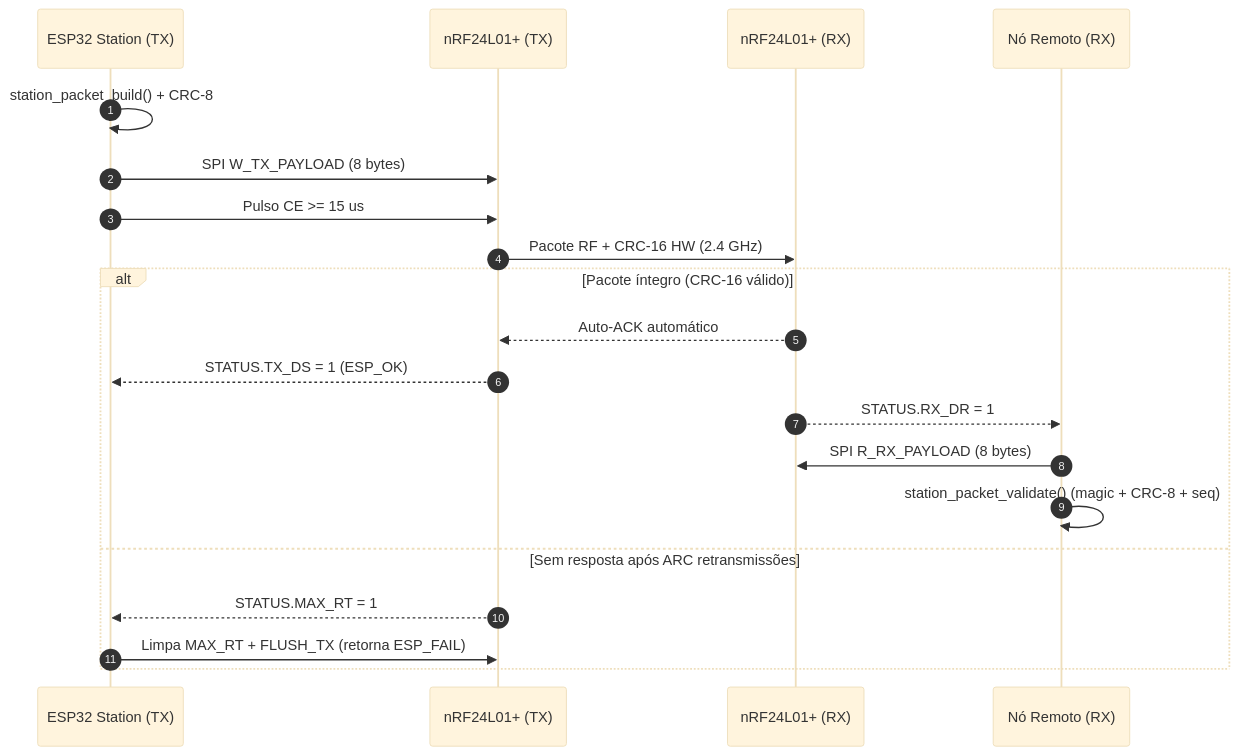
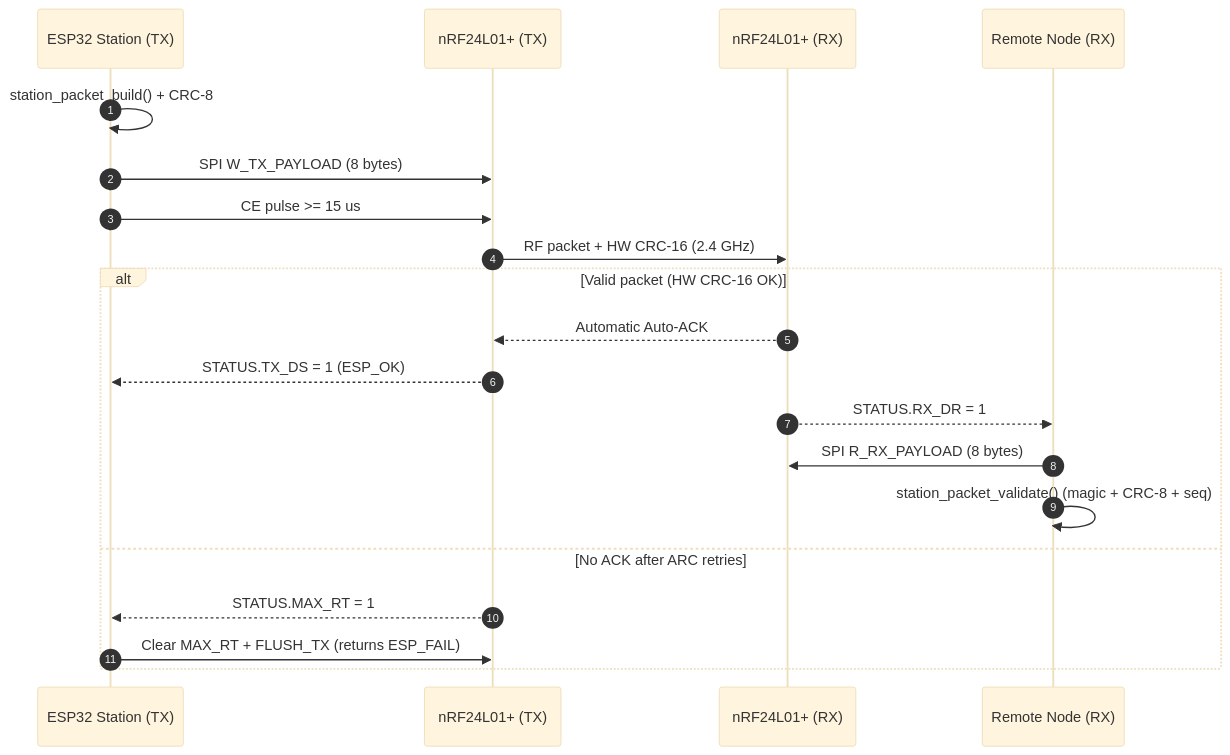
One commit to Paludeto/esp32-station changed the diagram in docs/PROTOCOL.md. Above: the diagram before and after it, drawn with Mermaid (base theme). The commit also changed other lines of this file and 11 other files, not shown here.

````diff
--- a/docs/PROTOCOL.md
+++ b/docs/PROTOCOL.md
@@ -41,23 +41,23 @@
 ```mermaid
 sequenceDiagram
     autonumber
     participant TX as ESP32 Station (TX)
     participant RF_TX as nRF24L01+ (TX)
     participant RF_RX as nRF24L01+ (RX)
-    participant RX as Nó Remoto (RX)
+    participant RX as Remote Node (RX)
 
     TX->>TX: station_packet_build() + CRC-8
     TX->>RF_TX: SPI W_TX_PAYLOAD (8 bytes)
-    TX->>RF_TX: Pulso CE >= 15 us
-    RF_TX->>RF_RX: Pacote RF + CRC-16 HW (2.4 GHz)
-    alt Pacote íntegro (CRC-16 válido)
-        RF_RX-->>RF_TX: Auto-ACK automático
+    TX->>RF_TX: CE pulse >= 15 us
+    RF_TX->>RF_RX: RF packet + HW CRC-16 (2.4 GHz)
+    alt Valid packet (HW CRC-16 OK)
+        RF_RX-->>RF_TX: Automatic Auto-ACK
         RF_TX-->>TX: STATUS.TX_DS = 1 (ESP_OK)
         RF_RX-->>RX: STATUS.RX_DR = 1
         RX->>RF_RX: SPI R_RX_PAYLOAD (8 bytes)
         RX->>RX: station_packet_validate() (magic + CRC-8 + seq)
-    else Sem resposta após ARC retransmissões
+    else No ACK after ARC retries
         RF_TX-->>TX: STATUS.MAX_RT = 1
-        TX->>RF_TX: Limpa MAX_RT + FLUSH_TX (retorna ESP_FAIL)
+        TX->>RF_TX: Clear MAX_RT + FLUSH_TX (returns ESP_FAIL)
     end
 ```
````
